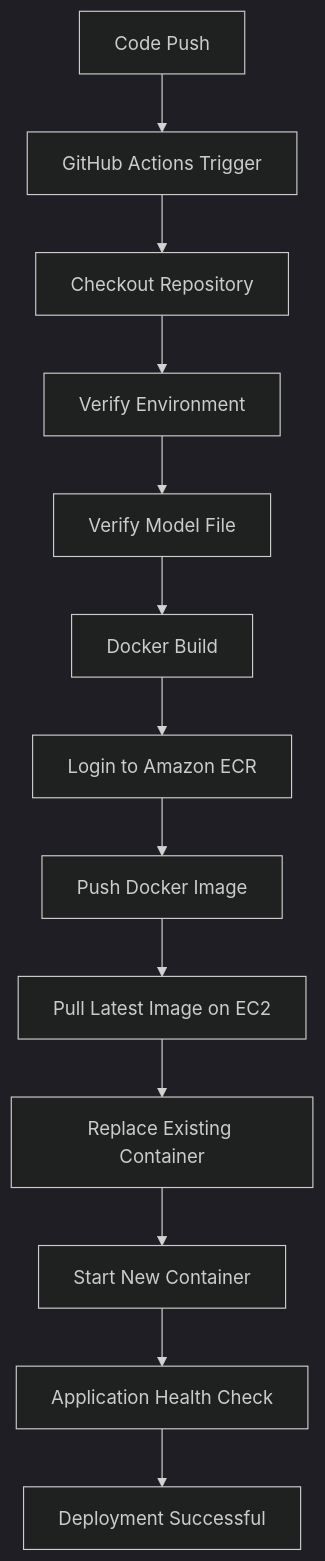
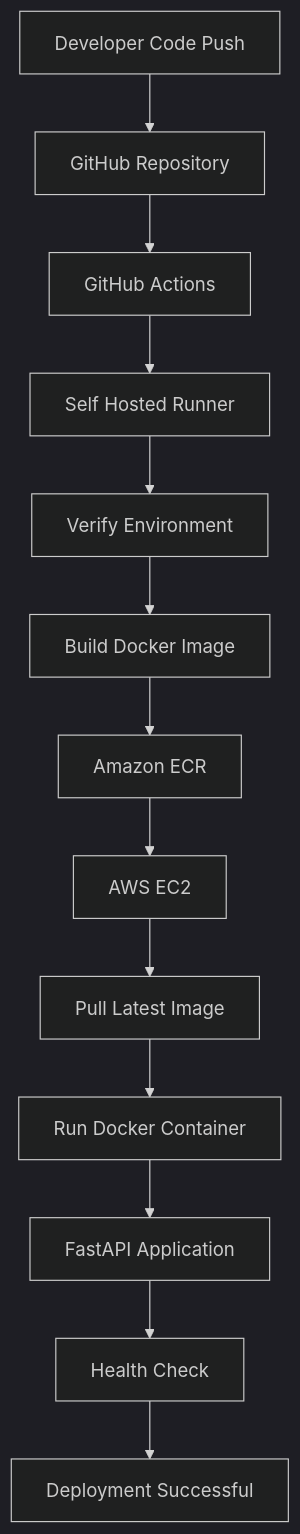
One commit to Ravinuthala-Venkata-Siva-Prasad/Network-Security changed the second of 2 diagrams in README.md. Above: the diagram before and after it, drawn with Mermaid (dark theme). The commit also changed other lines of this file, not shown here.

````diff
--- a/README.md
+++ b/README.md
@@ -240,15 +356,26 @@
 ```mermaid
 flowchart TD
-    A[Code Push] --> B[GitHub Actions Trigger]
-    B --> C[Checkout Repository]
-    C --> D[Verify Environment]
-    D --> E[Verify Model File]
-    E --> F[Docker Build]
-    F --> G[Login to Amazon ECR]
-    G --> H[Push Docker Image]
-    H --> I[Pull Latest Image on EC2]
-    I --> J[Replace Existing Container]
-    J --> K[Start New Container]
-    K --> L[Application Health Check]
+    A[Developer Code Push] --> B[GitHub Repository]
+
+    B --> C[GitHub Actions]
+
+    C --> D[Self Hosted Runner]
+
+    D --> E[Verify Environment]
+
+    E --> F[Build Docker Image]
+
+    F --> G[Amazon ECR]
+
+    G --> H[AWS EC2]
+
+    H --> I[Pull Latest Image]
+
+    I --> J[Run Docker Container]
+
+    J --> K[FastAPI Application]
+
+    K --> L[Health Check]
+
     L --> M[Deployment Successful]
 ```
````
